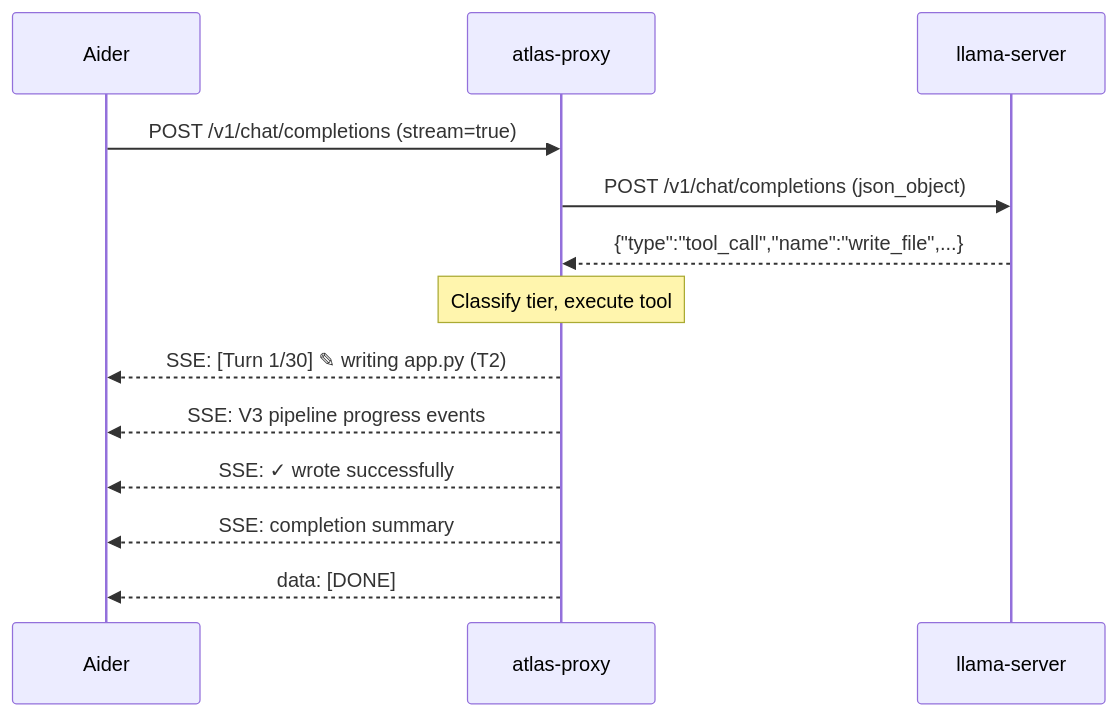
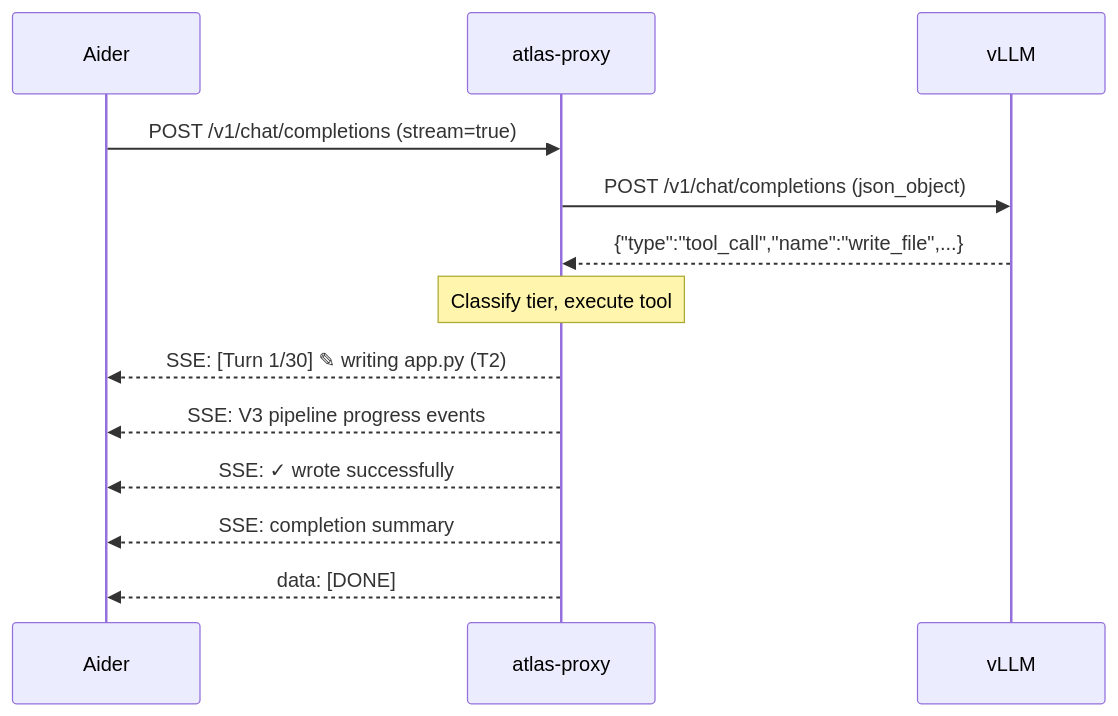
One commit to itigges22/ATLAS changed the second of 2 diagrams in docs/CLI.md. Above: the diagram before and after it, drawn with Mermaid. The commit also changed other lines of this file and 18 other files, not shown here.

First line of the commit message:
docs: sweep llama.cpp/llama-server references for vLLM (stage 10)

````diff
--- a/docs/CLI.md
+++ b/docs/CLI.md
@@ -129,16 +129,16 @@
 ```mermaid
 sequenceDiagram
     participant A as Aider
     participant P as atlas-proxy
-    participant L as llama-server
+    participant L as vLLM
 
     A->>P: POST /v1/chat/completions (stream=true)
     P->>L: POST /v1/chat/completions (json_object)
     L-->>P: {"type":"tool_call","name":"write_file",...}
     Note over P: Classify tier, execute tool
     P-->>A: SSE: [Turn 1/30] ✎ writing app.py (T2)
     P-->>A: SSE: V3 pipeline progress events
     P-->>A: SSE: ✓ wrote successfully
     P-->>A: SSE: completion summary
     P-->>A: data: [DONE]
 ```
````
